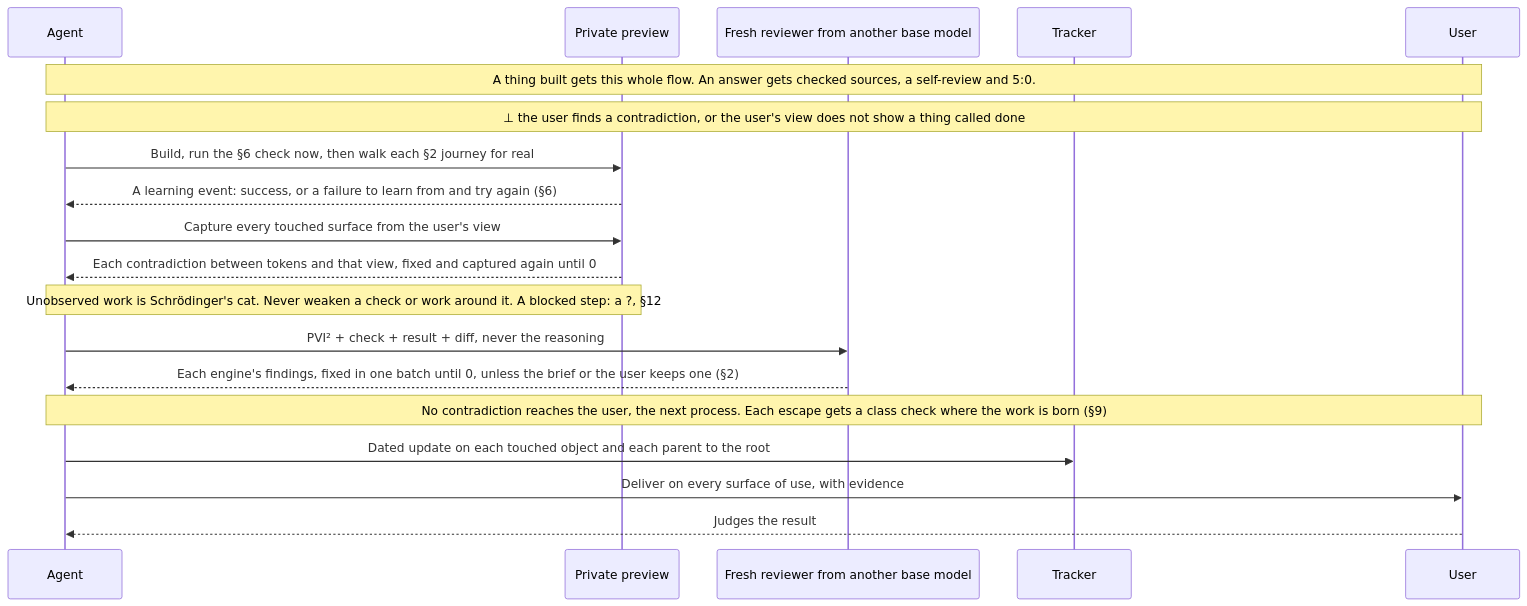
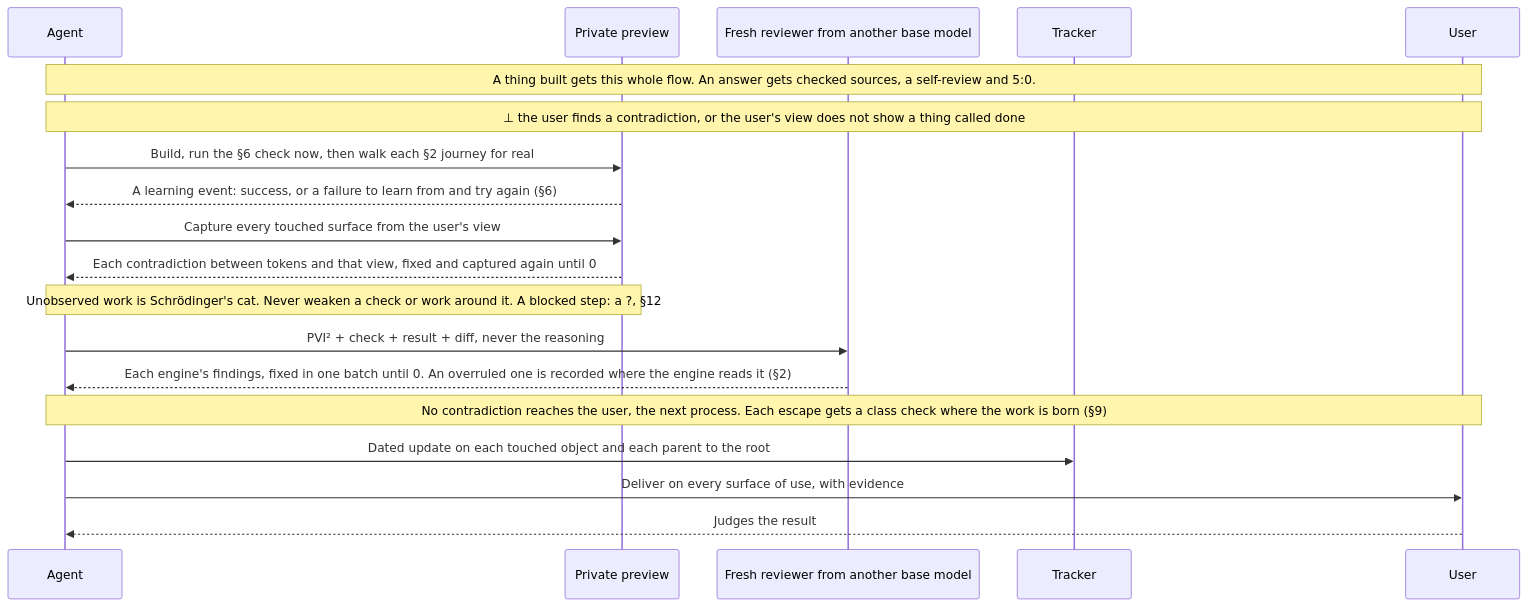
One commit to SolenixAI/arbiter changed diagram 11 of 14 in AGENTS.md. Above: the diagram before and after it, drawn with Mermaid. The commit also changed other lines of this file, not shown here.

````diff
--- a/AGENTS.md
+++ b/AGENTS.md
@@ -419,21 +420,21 @@
 ```mermaid
 sequenceDiagram
   participant A as Agent
   participant P as Private preview
   participant R as Fresh reviewer from another base model
   participant T as Tracker
   participant U as User
   Note over A,U: A thing built gets this whole flow. An answer gets checked sources, a self-review and 5:0.
   Note over A,U: ⊥ the user finds a contradiction, or the user's view does not show a thing called done
   A->>P: Build, run the §6 check now, then walk each §2 journey for real
   P-->>A: A learning event: success, or a failure to learn from and try again (§6)
   A->>P: Capture every touched surface from the user's view
   P-->>A: Each contradiction between tokens and that view, fixed and captured again until 0
   Note over A,P: Unobserved work is Schrödinger's cat. Never weaken a check or work around it. A blocked step: a ?, §12
   A->>R: PVI² + check + result + diff, never the reasoning
-  R-->>A: Each engine's findings, fixed in one batch until 0, unless the brief or the user keeps one (§2)
+  R-->>A: Each engine's findings, fixed in one batch until 0. An overruled one is recorded where the engine reads it (§2)
   Note over A,U: No contradiction reaches the user, the next process. Each escape gets a class check where the work is born (§9)
   A->>T: Dated update on each touched object and each parent to the root
   A->>U: Deliver on every surface of use, with evidence
   U-->>A: Judges the result
 ```
````
